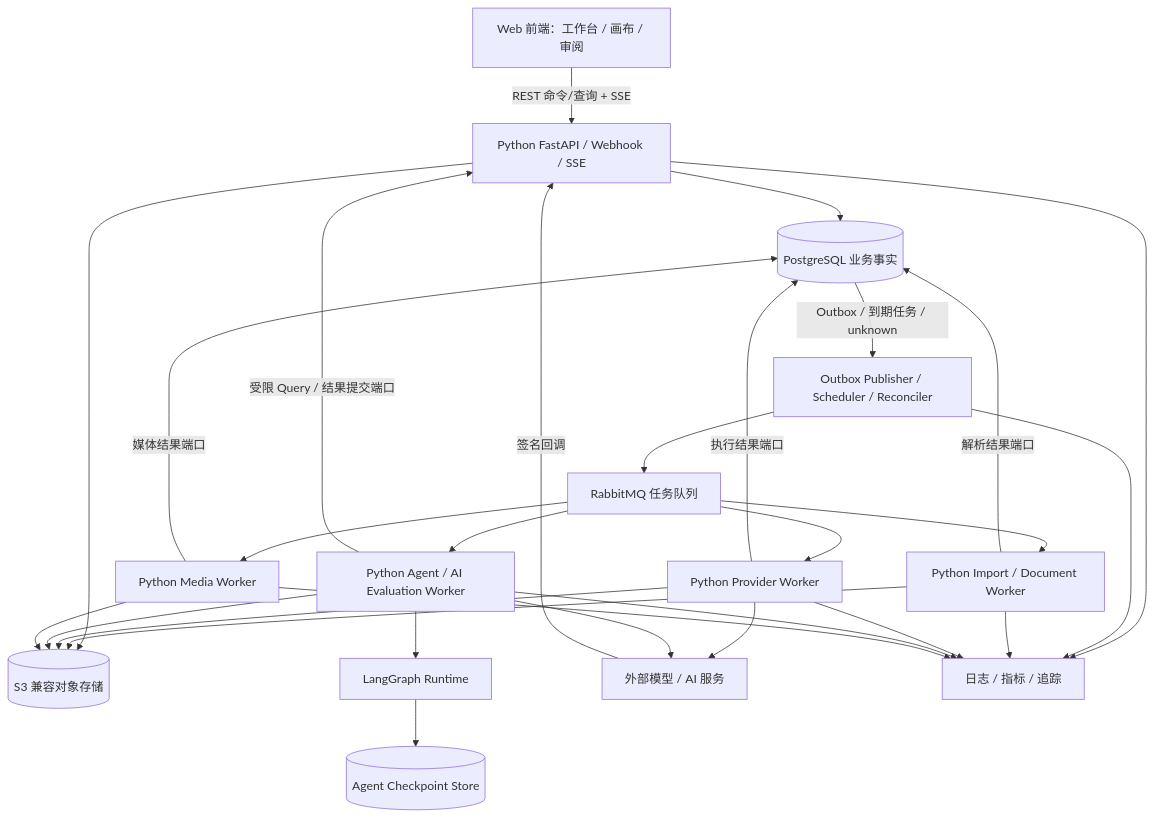
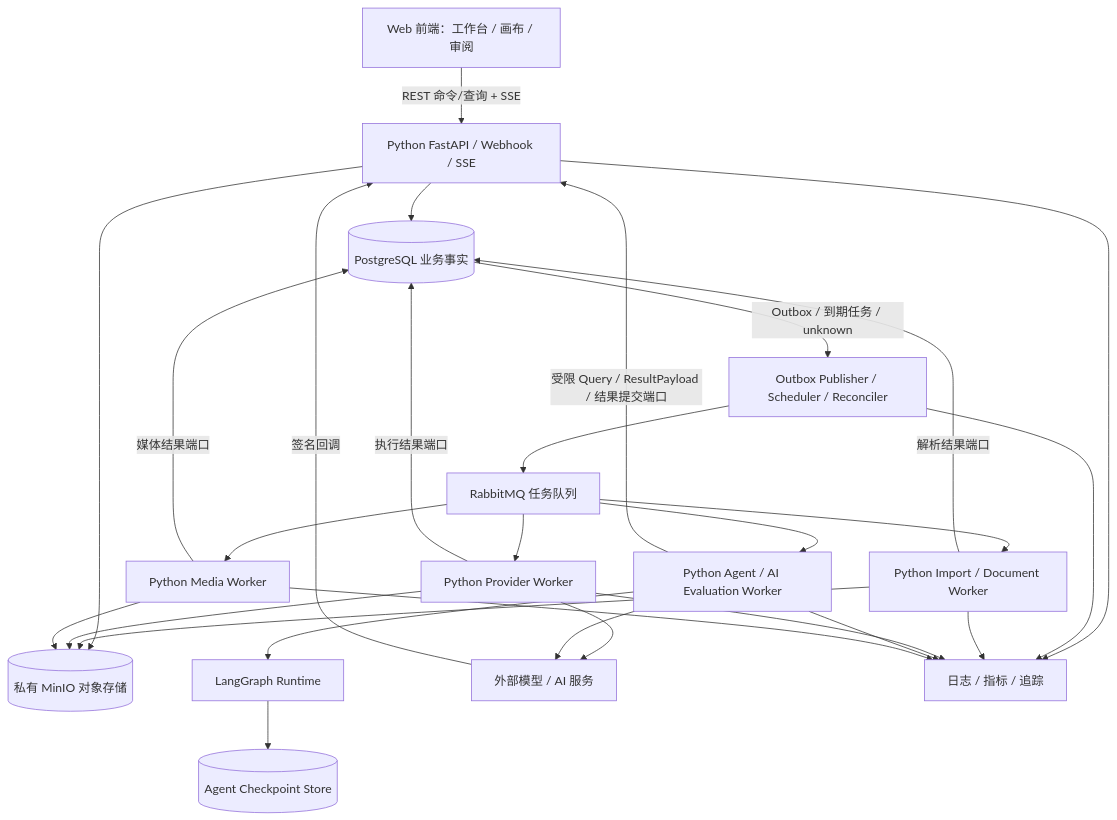
The first of 2 diagrams in docs/design/000-AI视频生产平台目标系统架构设计.md (StephenQiu30/lanverse), drawn with Mermaid before and after one commit. The commit also changed other lines of this file and 26 other files, not shown here.

First line of the commit message:
docs(architecture): 固定目标架构与剧本分析闭环

````diff
--- a/docs/design/000-AI视频生产平台目标系统架构设计.md
+++ b/docs/design/000-AI视频生产平台目标系统架构设计.md
@@ -153,46 +170,45 @@
 ```mermaid
 flowchart TB
     UI["Web 前端：工作台 / 画布 / 审阅"]
     API["Python FastAPI / Webhook / SSE"]
     PG[("PostgreSQL 业务事实")]
-    OBJ[("S3 兼容对象存储")]
+    OBJ[("私有 MinIO 对象存储")]
     MQ["RabbitMQ 任务队列"]
     SCH["Outbox Publisher / Scheduler / Reconciler"]
     IMP["Python Import / Document Worker"]
     PVW["Python Provider Worker"]
     PAW["Python Agent / AI Evaluation Worker"]
     LG["LangGraph Runtime"]
     LGS[("Agent Checkpoint Store")]
     MW["Python Media Worker"]
     EXT["外部模型 / AI 服务"]
     OBS["日志 / 指标 / 追踪"]
 
     UI -->|"REST 命令/查询 + SSE"| API
     API --> PG
     API --> OBJ
     EXT -->|"签名回调"| API
     PG -->|"Outbox / 到期任务 / unknown"| SCH
     SCH --> MQ
     MQ --> IMP
     MQ --> PVW
     MQ --> PAW
     MQ --> MW
     IMP -->|"解析结果端口"| PG
     IMP --> OBJ
     PVW -->|"执行结果端口"| PG
     PVW --> EXT
     PVW --> OBJ
     PAW --> LG
     LG --> LGS
-    PAW -->|"受限 Query / 结果提交端口"| API
+    PAW -->|"受限 Query / ResultPayload / 结果提交端口"| API
     PAW --> EXT
-    PAW --> OBJ
     MW -->|"媒体结果端口"| PG
     MW --> OBJ
     API --> OBS
     SCH --> OBS
     IMP --> OBS
     PVW --> OBS
     PAW --> OBS
     MW --> OBS
 ```
````
